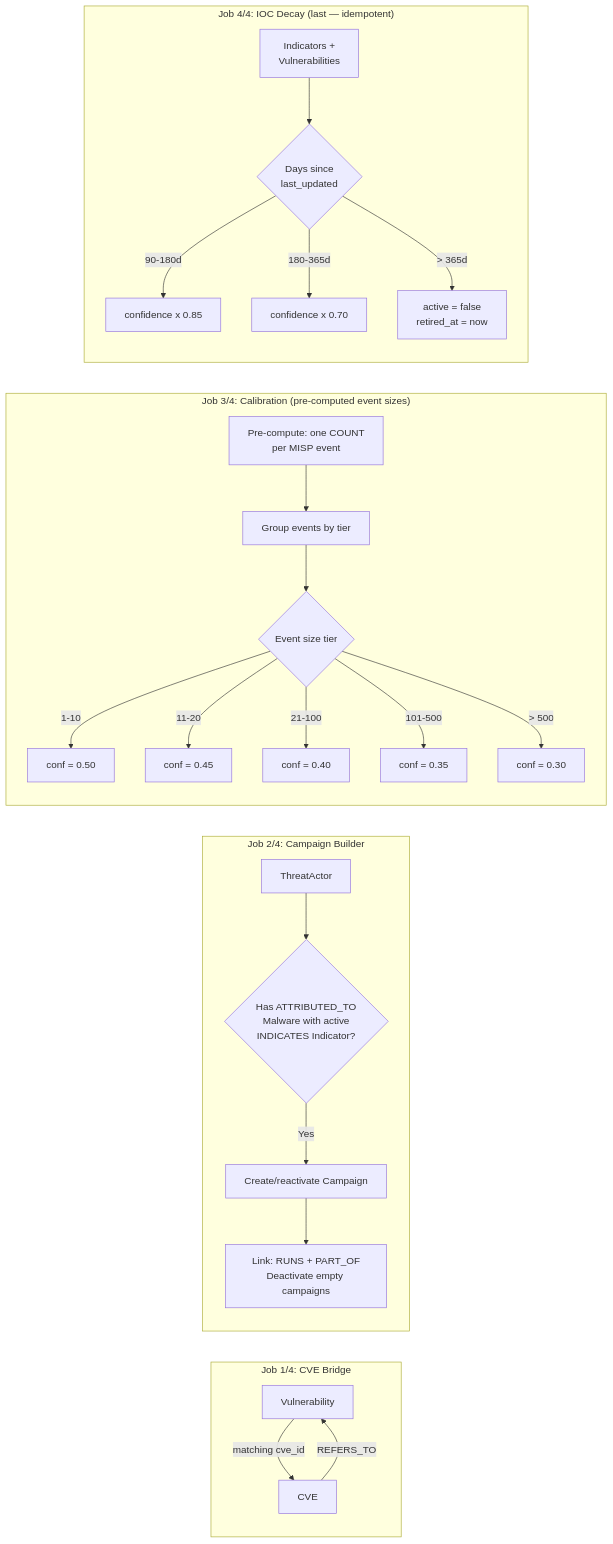
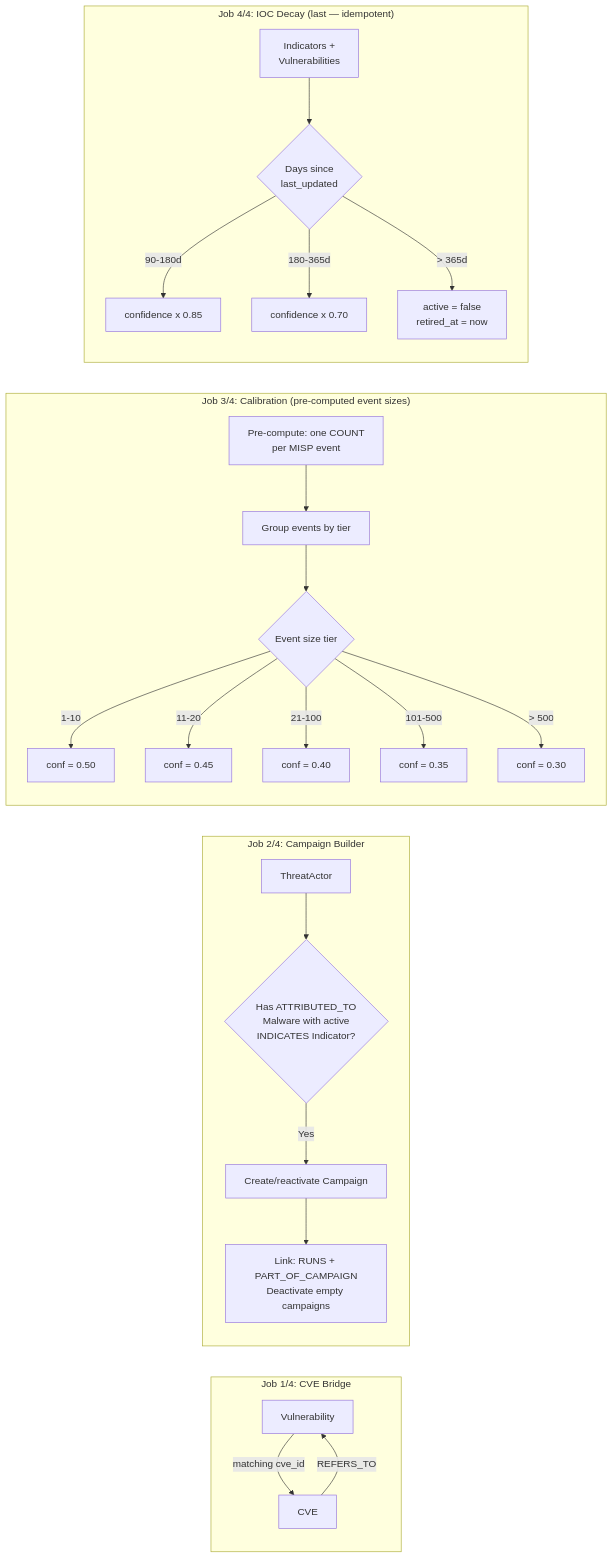
The eighth of 8 diagrams in docs/ARCHITECTURE_DIAGRAMS.md (Kopanov/EdgeGuard-Knowledge-Graph), drawn with Mermaid before and after one commit. The commit also changed other lines of this file and 12 other files, not shown here.

First line of the commit message:
refactor(graph): campaign membership is PART_OF_CAMPAIGN; PART_OF stays ResilMesh's

````diff
--- a/docs/ARCHITECTURE_DIAGRAMS.md
+++ b/docs/ARCHITECTURE_DIAGRAMS.md
@@ -285,30 +285,30 @@
 ```mermaid
 flowchart LR
     subgraph "Job 1/4: CVE Bridge"
         BR1[Vulnerability] -->|matching cve_id| BR2[CVE]
         BR2 -->|REFERS_TO| BR1
     end
 
     subgraph "Job 2/4: Campaign Builder"
         CB1[ThreatActor] --> CB2{Has ATTRIBUTED_TO<br/>Malware with active<br/>INDICATES Indicator?}
         CB2 -->|Yes| CB3[Create/reactivate Campaign]
-        CB3 --> CB4[Link: RUNS + PART_OF<br/>Deactivate empty campaigns]
+        CB3 --> CB4[Link: RUNS + PART_OF_CAMPAIGN<br/>Deactivate empty campaigns]
     end
 
     subgraph "Job 3/4: Calibration (pre-computed event sizes)"
         CAL0[Pre-compute: one COUNT<br/>per MISP event] --> CAL1[Group events by tier]
         CAL1 --> CAL2{Event size tier}
         CAL2 -->|1-10| CAL3[conf = 0.50]
         CAL2 -->|11-20| CAL3b[conf = 0.45]
         CAL2 -->|21-100| CAL4[conf = 0.40]
         CAL2 -->|101-500| CAL5[conf = 0.35]
         CAL2 -->|> 500| CAL6[conf = 0.30]
     end
 
     subgraph "Job 4/4: IOC Decay (last — idempotent)"
         D1[Indicators +<br/>Vulnerabilities] --> D2{Days since<br/>last_updated}
         D2 -->|90-180d| D3[confidence x 0.85]
         D2 -->|180-365d| D4[confidence x 0.70]
         D2 -->|> 365d| D5[active = false<br/>retired_at = now]
     end
 ```
````
